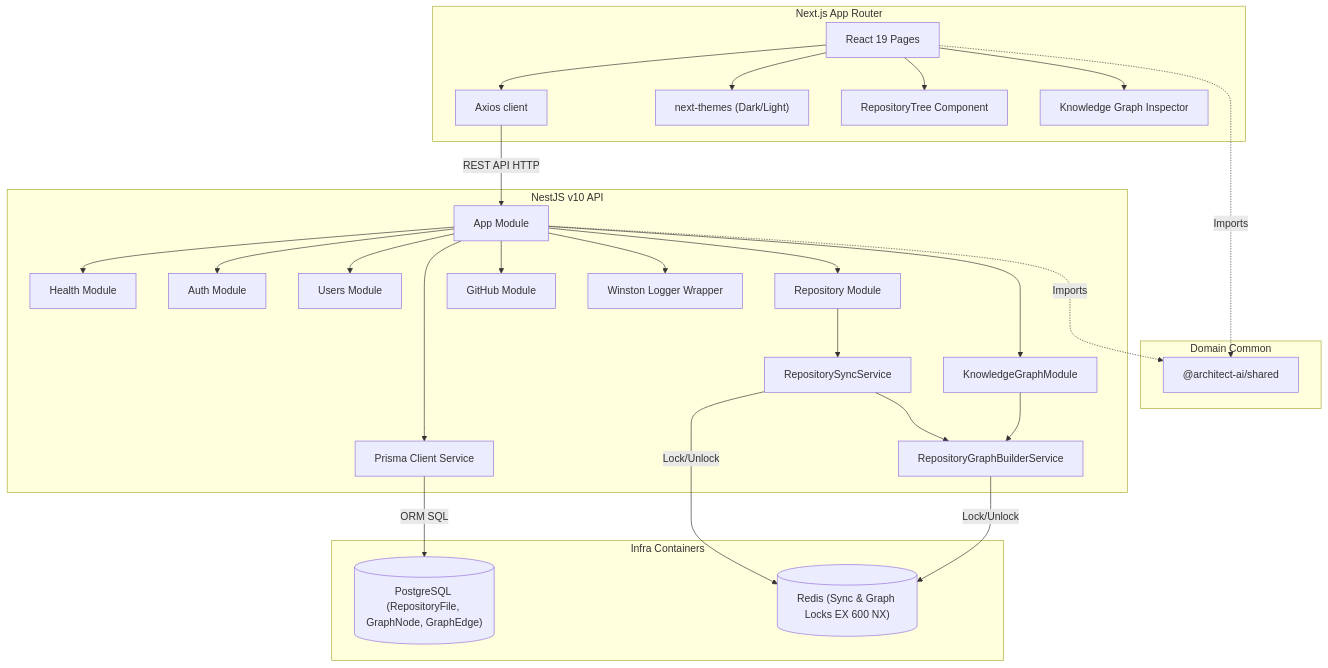
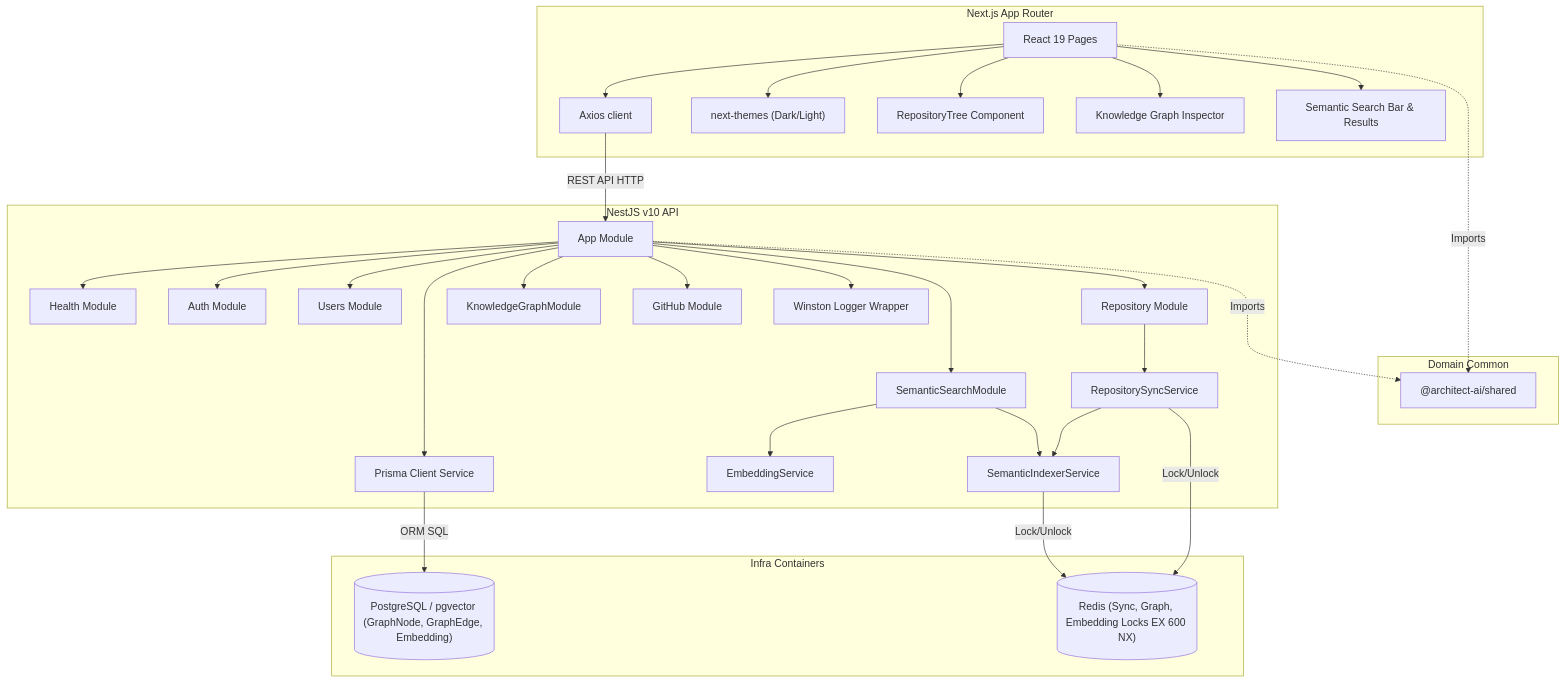
One commit to TROJAN1HAMMER/ArchitectureAI changed the diagram in README.md. Above: the diagram before and after it, drawn with Mermaid. The commit also changed other lines of this file and 34 other files, not shown here.

First line of the commit message:
feat(search): add semantic search foundation

````diff
--- a/README.md
+++ b/README.md
@@ -47,58 +49,64 @@
 ```mermaid
 graph TD
     subgraph Frontend ["Next.js App Router"]
         UI["React 19 Pages"]
         Axios["Axios client"]
         Theme["next-themes (Dark/Light)"]
         TreeUI["RepositoryTree Component"]
         GraphUI["Knowledge Graph Inspector"]
+        SearchUI["Semantic Search Bar & Results"]
         UI --> Axios
         UI --> Theme
         UI --> TreeUI
         UI --> GraphUI
+        UI --> SearchUI
     end
 
     subgraph Shared ["Domain Common"]
         SharedLib["@architect-ai/shared"]
     end
 
     subgraph Backend ["NestJS v10 API"]
         App["App Module"]
         Health["Health Module"]
         Auth["Auth Module"]
         Users["Users Module"]
         Repo["Repository Module"]
         RepoSync["RepositorySyncService"]
         GraphModule["KnowledgeGraphModule"]
-        GraphBuilder["RepositoryGraphBuilderService"]
+        SemanticSearchModule["SemanticSearchModule"]
+        SemanticIndexer["SemanticIndexerService"]
+        EmbeddingService["EmbeddingService"]
         GitHub["GitHub Module"]
         PrismaService["Prisma Client Service"]
         LoggerService["Winston Logger Wrapper"]
 
         App --> Health
         App --> Auth
         App --> Users
         App --> Repo
         App --> GraphModule
+        App --> SemanticSearchModule
         App --> GitHub
         App --> PrismaService
         App --> LoggerService
 
         Repo --> RepoSync
-        RepoSync --> GraphBuilder
-        GraphModule --> GraphBuilder
+        RepoSync --> SemanticIndexer
+        SemanticSearchModule --> SemanticIndexer
+        SemanticSearchModule --> EmbeddingService
     end
 
     subgraph Persistence ["Infra Containers"]
-        Postgres[("PostgreSQL (RepositoryFile, GraphNode, GraphEdge)")]
-        Redis[("Redis (Sync & Graph Locks EX 600 NX)")]
+        Postgres[("PostgreSQL / pgvector (GraphNode, GraphEdge, Embedding)")]
+        Redis[("Redis (Sync, Graph, Embedding Locks EX 600 NX)")]
     end
 
     Axios -->|REST API HTTP| App
     PrismaService -->|ORM SQL| Postgres
     RepoSync -->|Lock/Unlock| Redis
-    GraphBuilder -->|Lock/Unlock| Redis
+    SemanticIndexer -->|Lock/Unlock| Redis
 
     UI -..->|Imports| SharedLib
     App -..->|Imports| SharedLib
 ```
````
